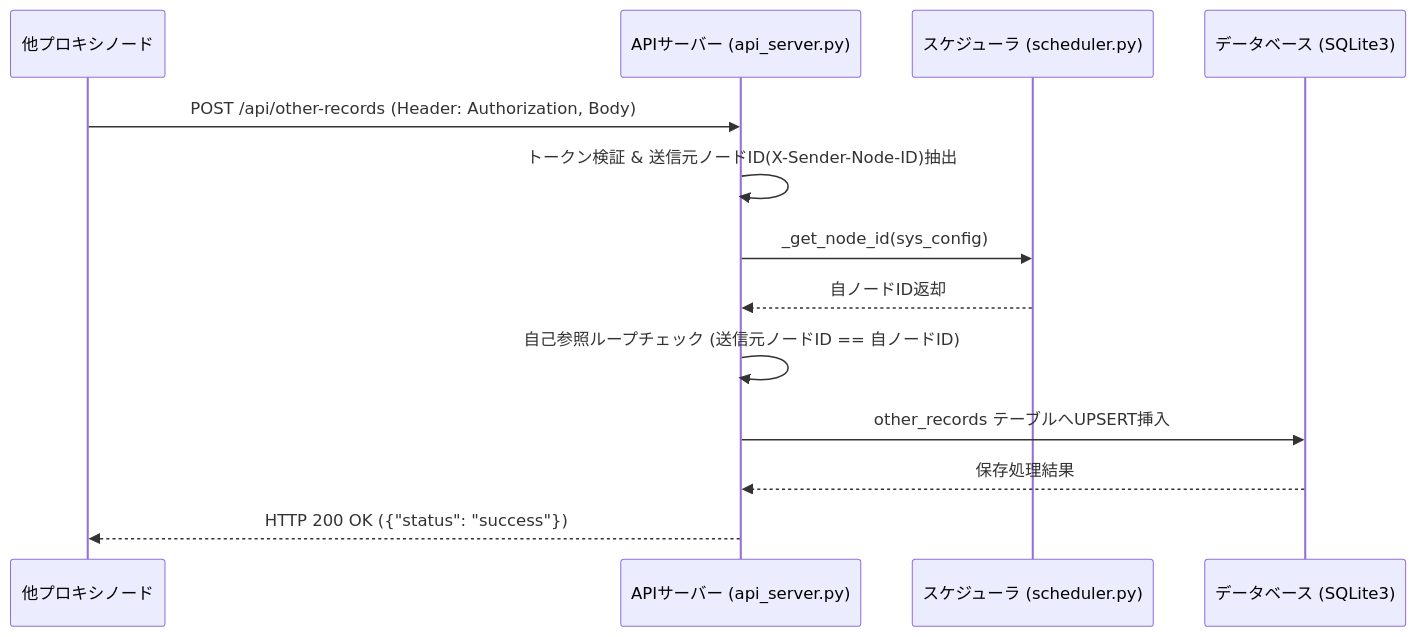
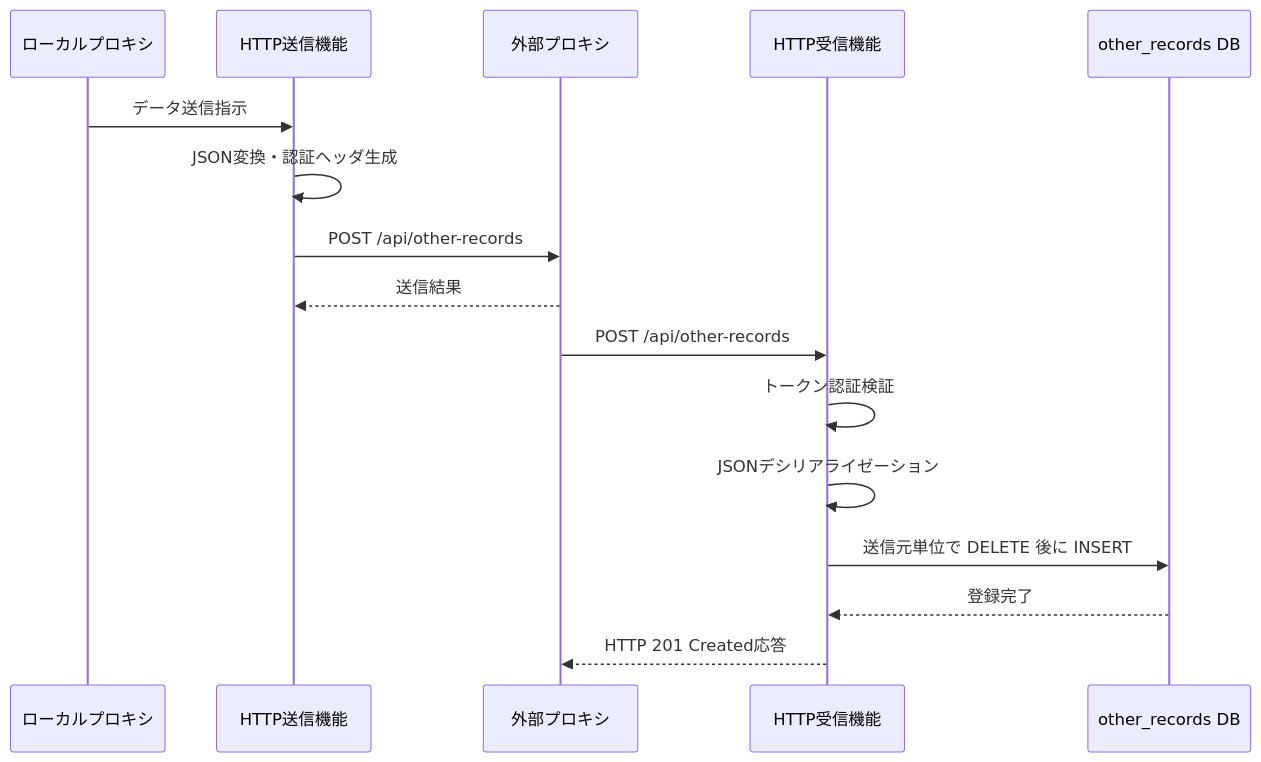
The fourth of 10 diagrams in specs/4_詳細設計/4.3_シーケンス図.md (hiro-gj/mdns_team_proxy), drawn with Mermaid before and after one commit. The commit also changed other lines of this file and 12 other files, not shown here.

````diff
--- a/specs/4_詳細設計/4.3_シーケンス図.md
+++ b/specs/4_詳細設計/4.3_シーケンス図.md
@@ -78,15 +140,18 @@
 ```mermaid
 sequenceDiagram
-    participant other_proxy as 他プロキシノード
-    participant api as APIサーバー (api_server.py)
-    participant scheduler as スケジューラ (scheduler.py)
-    participant db as データベース (SQLite3)
-    other_proxy->>api: POST /api/other-records (Header: Authorization, Body)
-    api->>api: トークン検証 & 送信元ノードID(X-Sender-Node-ID)抽出
-    api->>scheduler: _get_node_id(sys_config)
-    scheduler-->>api: 自ノードID返却
-    api->>api: 自己参照ループチェック (送信元ノードID == 自ノードID)
-    api->>db: other_records テーブルへUPSERT挿入
-    db-->>api: 保存処理結果
-    api-->>other_proxy: HTTP 200 OK ({#quot;status#quot;: #quot;success#quot;})
+    participant local_proxy as ローカルプロキシ
+    participant http_sender as HTTP送信機能
+    participant external_proxy as 外部プロキシ
+    participant http_receiver as HTTP受信機能
+    participant other_db as other_records DB
+    local_proxy->>http_sender: データ送信指示
+    http_sender->>http_sender: JSON変換・認証ヘッダ生成
+    http_sender->>external_proxy: POST /api/other-records
+    external_proxy-->>http_sender: 送信結果
+    external_proxy->>http_receiver: POST /api/other-records
+    http_receiver->>http_receiver: トークン認証検証
+    http_receiver->>http_receiver: JSONデシリアライゼーション
+    http_receiver->>other_db: 送信元単位で DELETE 後に INSERT
+    other_db-->>http_receiver: 登録完了
+    http_receiver-->>external_proxy: HTTP 201 Created応答
 ```
````
